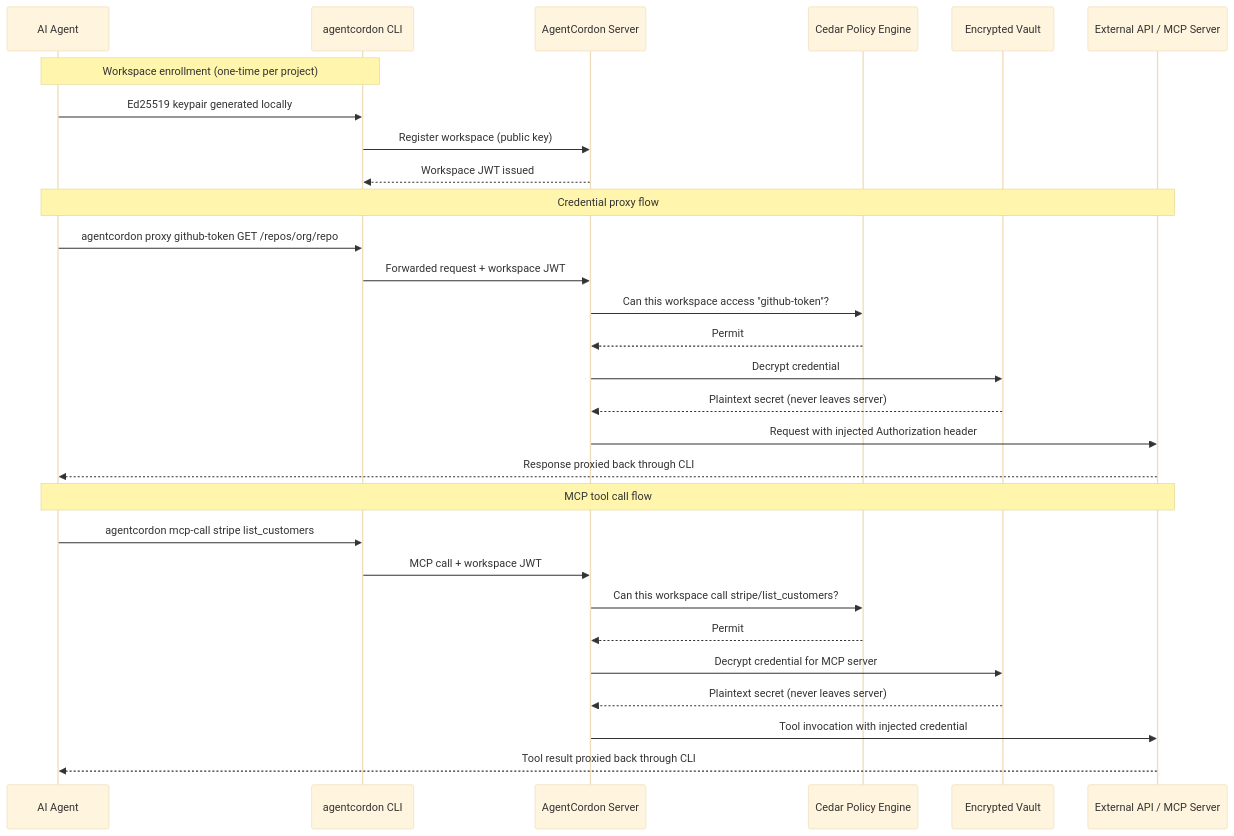
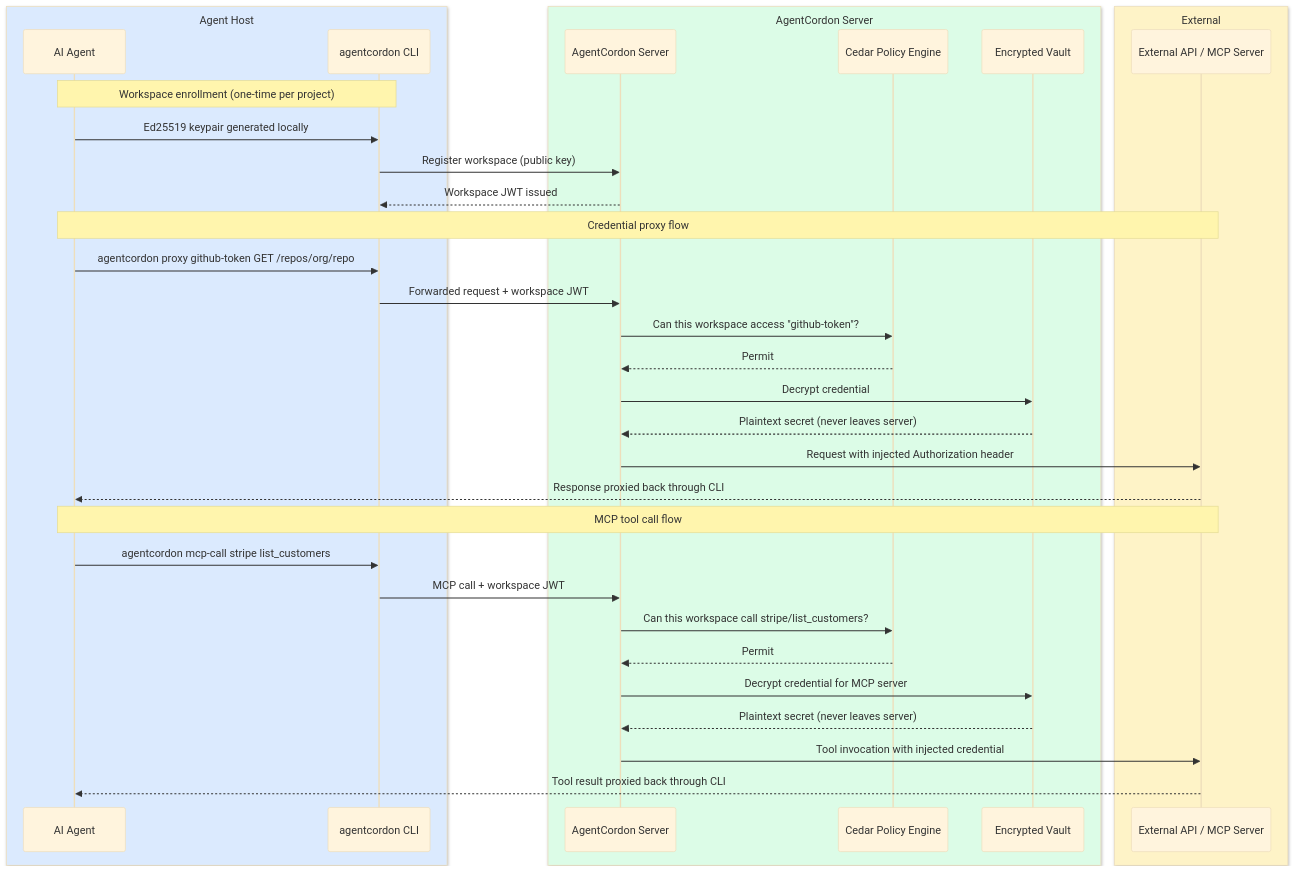
The diagram in README.md (agentcordon/agentcordon), drawn with Mermaid (base theme) before and after one commit.

Commit message:
Add zone delineation to architecture diagram
Groups participants into labeled, colored boxes: Agent Host (blue),
AgentCordon Server (green), and External (yellow).

````diff
--- a/README.md
+++ b/README.md
@@ -30,34 +30,40 @@
 ```mermaid
 sequenceDiagram
+    box rgb(219,234,254) Agent Host
     participant Agent as AI Agent
     participant GW as agentcordon CLI
+    end
+    box rgb(220,252,231) AgentCordon Server
     participant Srv as AgentCordon Server
     participant Cedar as Cedar Policy Engine
     participant Vault as Encrypted Vault
+    end
+    box rgb(254,243,199) External
     participant Ext as External API / MCP Server
+    end
 
     Note over Agent,GW: Workspace enrollment (one-time per project)
     Agent->>GW: Ed25519 keypair generated locally
     GW->>Srv: Register workspace (public key)
     Srv-->>GW: Workspace JWT issued
 
     Note over Agent,Ext: Credential proxy flow
     Agent->>GW: agentcordon proxy github-token GET /repos/org/repo
     GW->>Srv: Forwarded request + workspace JWT
     Srv->>Cedar: Can this workspace access "github-token"?
     Cedar-->>Srv: Permit
     Srv->>Vault: Decrypt credential
     Vault-->>Srv: Plaintext secret (never leaves server)
     Srv->>Ext: Request with injected Authorization header
     Ext-->>Agent: Response proxied back through CLI
 
     Note over Agent,Ext: MCP tool call flow
     Agent->>GW: agentcordon mcp-call stripe list_customers
     GW->>Srv: MCP call + workspace JWT
     Srv->>Cedar: Can this workspace call stripe/list_customers?
     Cedar-->>Srv: Permit
     Srv->>Vault: Decrypt credential for MCP server
     Vault-->>Srv: Plaintext secret (never leaves server)
     Srv->>Ext: Tool invocation with injected credential
     Ext-->>Agent: Tool result proxied back through CLI
 ```
````
